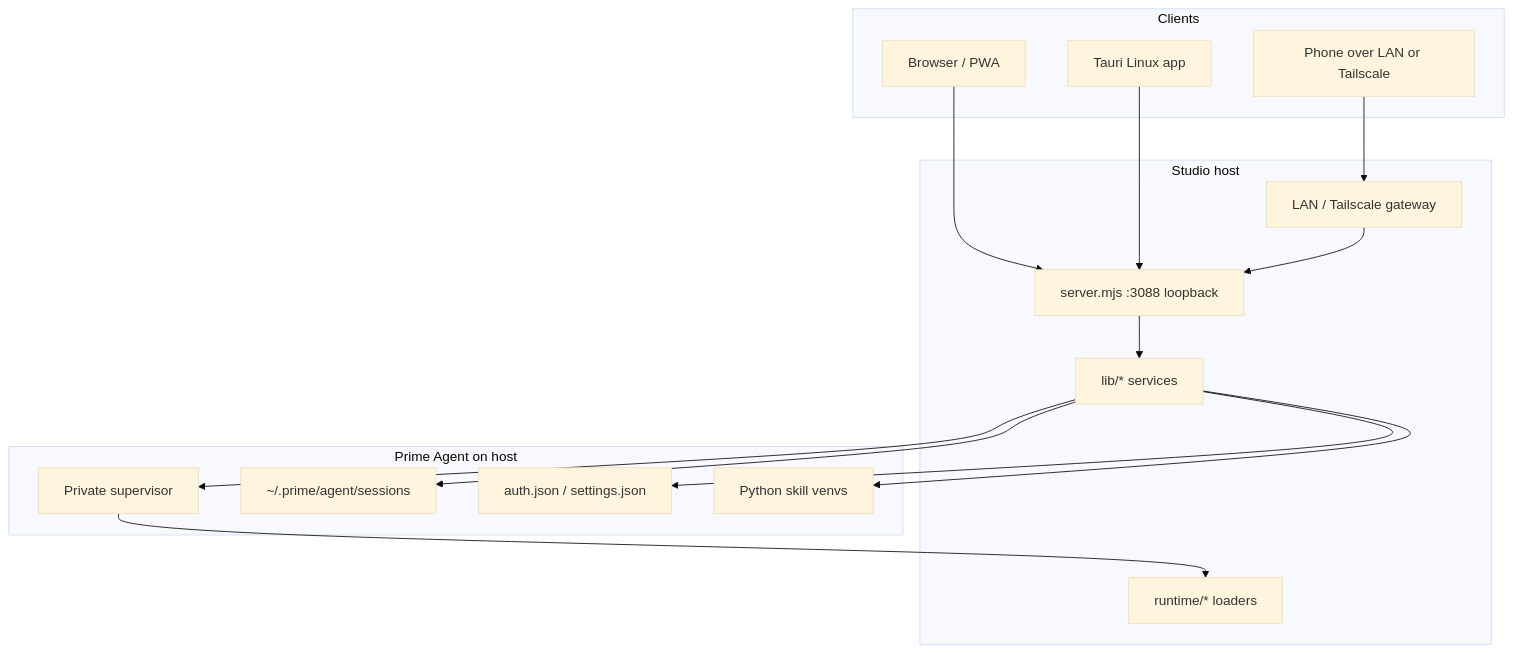
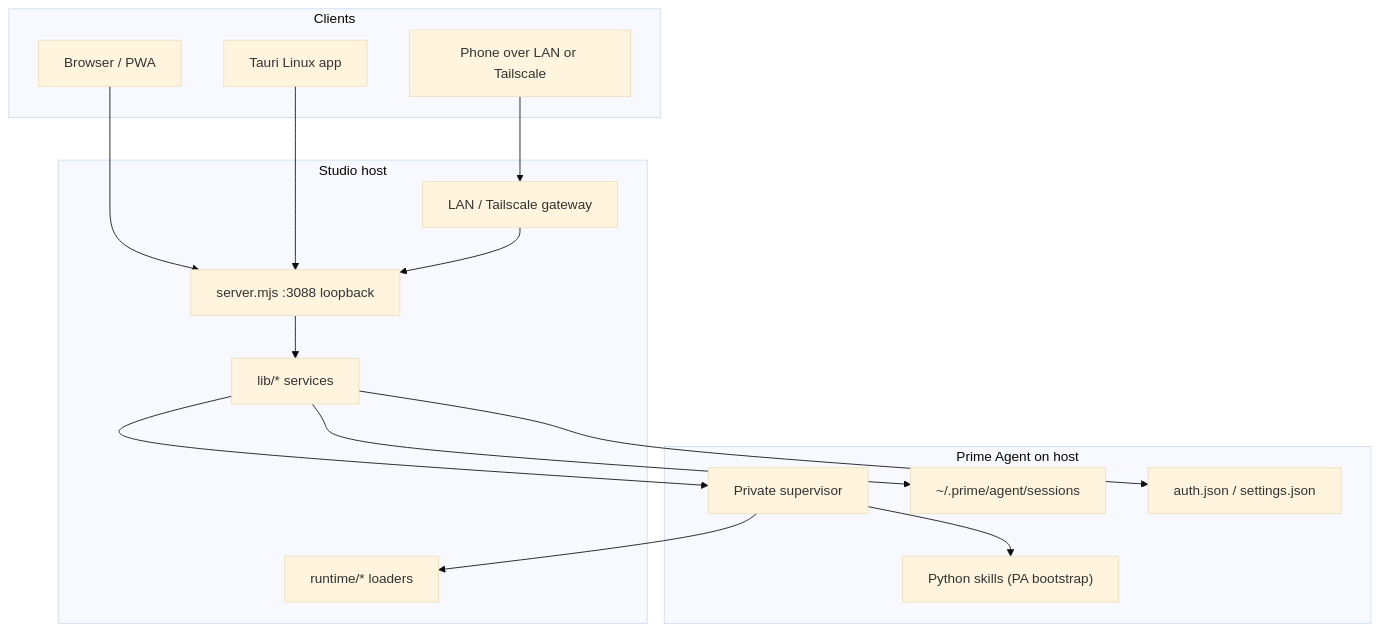
One commit to mholtzhausen/prime-agent-studio changed the diagram in ARCHITECTURE.md. Above: the diagram before and after it, drawn with Mermaid (base theme). The commit also changed other lines of this file and 26 other files, not shown here.

````diff
--- a/ARCHITECTURE.md
+++ b/ARCHITECTURE.md
@@ -40,32 +40,32 @@
 ```mermaid
 flowchart TB
   subgraph clients [Clients]
     Browser["Browser / PWA"]
     Phone["Phone over LAN or Tailscale"]
     Tauri["Tauri Linux app"]
   end
 
   subgraph studio [Studio host]
     Server["server.mjs :3088 loopback"]
     Gateway["LAN / Tailscale gateway"]
     Lib["lib/* services"]
     Runtime["runtime/* loaders"]
   end
 
   subgraph native [Prime Agent on host]
     Supervisor["Private supervisor"]
     Sessions["~/.prime/agent/sessions"]
     Auth["auth.json / settings.json"]
-    Kernel["Python skill venvs"]
+    Kernel["Python skills (PA bootstrap)"]
   end
 
   Browser --> Server
   Tauri --> Server
   Phone --> Gateway --> Server
   Server --> Lib
   Lib --> Supervisor
   Lib --> Sessions
   Lib --> Auth
-  Lib --> Kernel
+  Supervisor --> Kernel
   Supervisor --> Runtime
 ```
````
